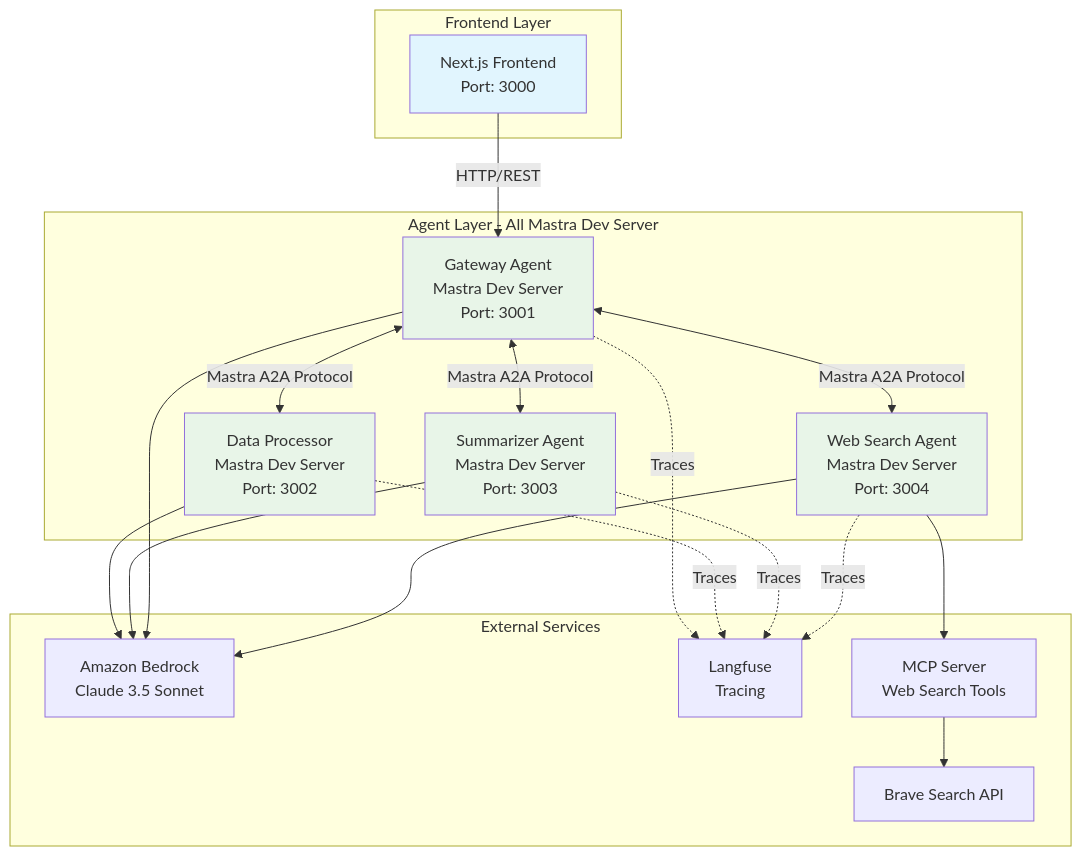
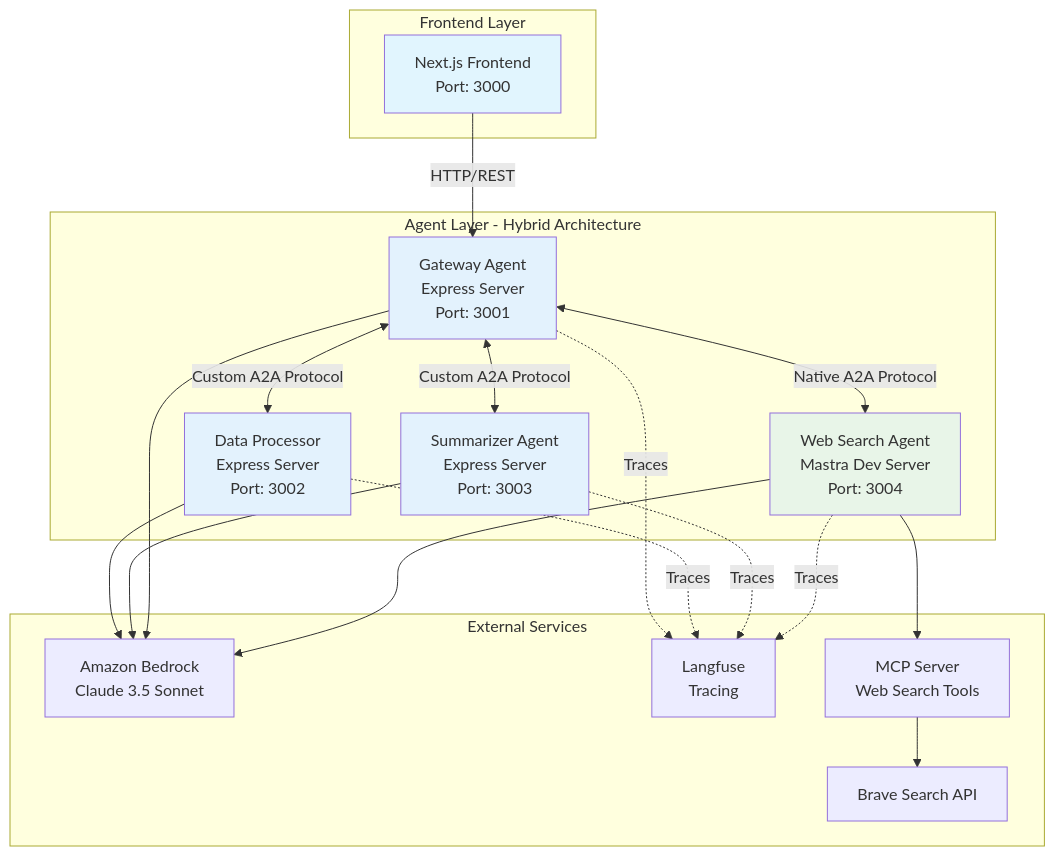
One commit to tubone24/a2a_mastra changed the second of 8 diagrams in README.md. Above: the diagram before and after it, drawn with Mermaid. The commit also changed other lines of this file, not shown here.

````diff
--- a/README.md
+++ b/README.md
@@ -136,43 +129,43 @@
 ```mermaid
 graph TB
     subgraph "Frontend Layer"
         UI[Next.js Frontend<br/>Port: 3000]
     end
     
-    subgraph "Agent Layer - All Mastra Dev Server"
-        GW[Gateway Agent<br/>Mastra Dev Server<br/>Port: 3001]
-        DP[Data Processor<br/>Mastra Dev Server<br/>Port: 3002]
-        SM[Summarizer Agent<br/>Mastra Dev Server<br/>Port: 3003]
+    subgraph "Agent Layer - Hybrid Architecture"
+        GW[Gateway Agent<br/>Express Server<br/>Port: 3001]
+        DP[Data Processor<br/>Express Server<br/>Port: 3002]
+        SM[Summarizer Agent<br/>Express Server<br/>Port: 3003]
         WS[Web Search Agent<br/>Mastra Dev Server<br/>Port: 3004]
     end
     
     subgraph "External Services"
         BEDROCK[Amazon Bedrock<br/>Claude 3.5 Sonnet]
         LANGFUSE[Langfuse<br/>Tracing]
         BRAVE[Brave Search API]
         MCP[MCP Server<br/>Web Search Tools]
     end
     
     UI -->|HTTP/REST| GW
-    GW <-->|Mastra A2A Protocol| DP
-    GW <-->|Mastra A2A Protocol| SM
-    GW <-->|Mastra A2A Protocol| WS
+    GW <-->|Custom A2A Protocol| DP
+    GW <-->|Custom A2A Protocol| SM
+    GW <-->|Native A2A Protocol| WS
     
     DP --> BEDROCK
     SM --> BEDROCK
     GW --> BEDROCK
     WS --> BEDROCK
     WS --> MCP
     MCP --> BRAVE
     
     GW -.->|Traces| LANGFUSE
     DP -.->|Traces| LANGFUSE
     SM -.->|Traces| LANGFUSE
     WS -.->|Traces| LANGFUSE
     
     style UI fill:#e1f5fe
-    style GW fill:#e8f5e8
-    style DP fill:#e8f5e8
-    style SM fill:#e8f5e8
+    style GW fill:#e3f2fd
+    style DP fill:#e3f2fd
+    style SM fill:#e3f2fd
     style WS fill:#e8f5e8
 ```
````
